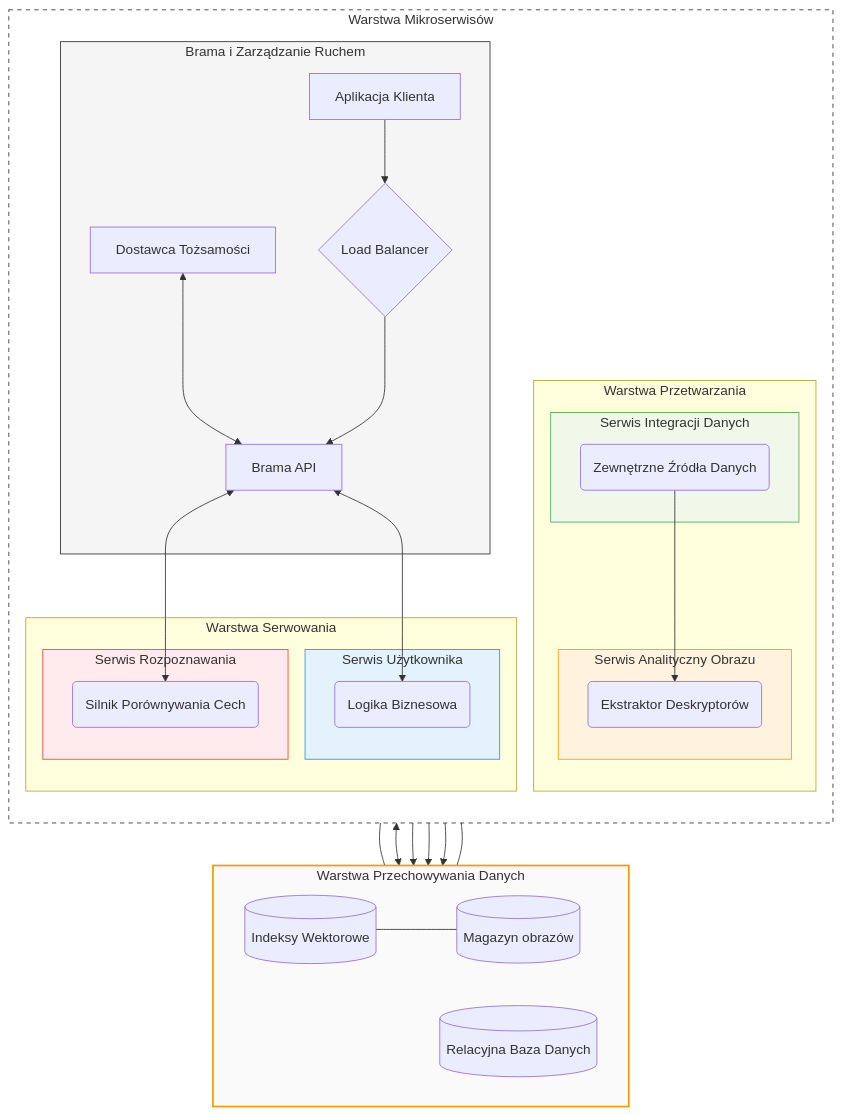
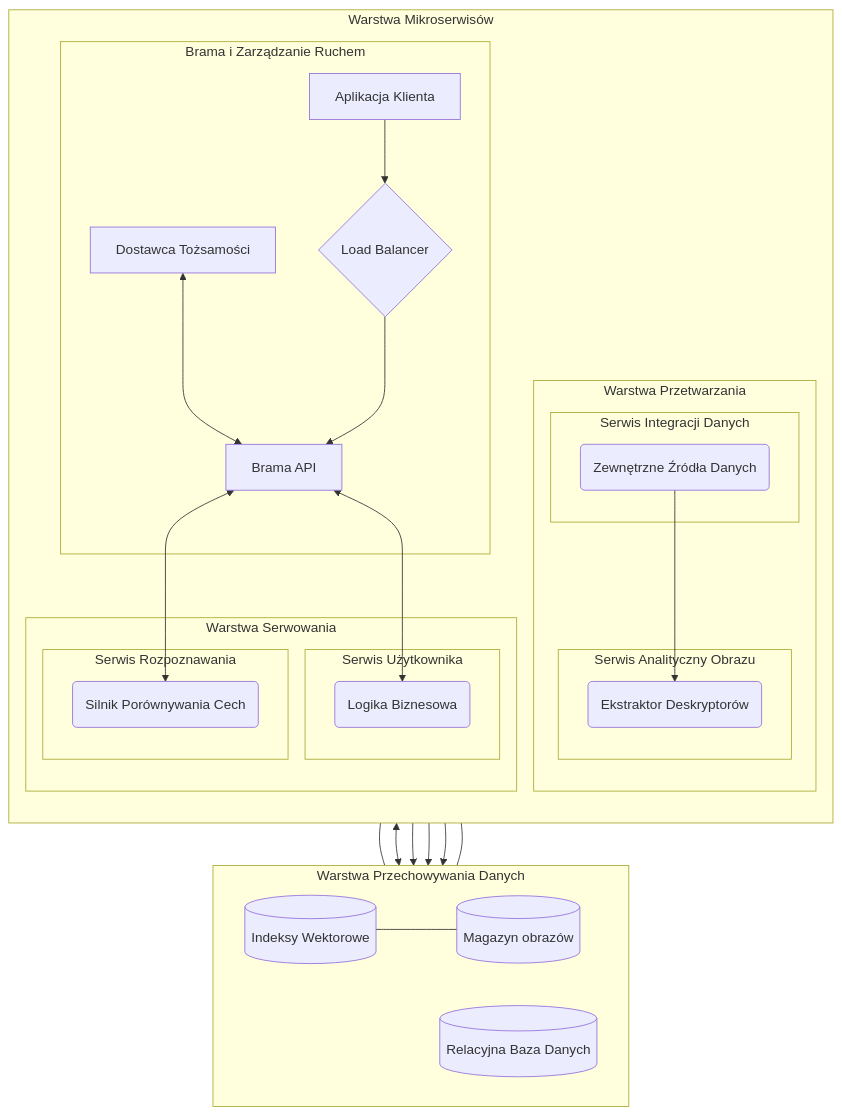
The first of 2 diagrams in readme.md (elkolorado/kartawarta), drawn with Mermaid before and after one commit. The commit also changed other lines of this file, not shown here.

````diff
--- a/readme.md
+++ b/readme.md
@@ -68,71 +67,62 @@
 ```mermaid
 graph TB
     %% --- Warstwa Logiki ---
     subgraph Mikroserwisy [Warstwa Mikroserwisów]
         subgraph Klient [Brama i Zarządzanie Ruchem]
             api[Brama API]
             lb{Load Balancer}
             U[Aplikacja Klienta]
             provider[Dostawca Tożsamości]
             provider<-->api
         end
 
         direction TB
                 subgraph Przetwarzanie [Warstwa Przetwarzania]
             subgraph SerwisPrzetwarzania [Serwis Analityczny Obrazu]
                 DESCRIPTOR_ENGINE(Ekstraktor Deskryptorów)
             end
 
             subgraph DostawcyDanych [Serwis Integracji Danych]
                 SCR_CM(Zewnętrzne Źródła Danych)
             end
         end
         subgraph Serwowanie [Warstwa Serwowania]
             subgraph SerwisGlowny [Serwis Użytkownika]
                 B_AUTH(Logika Biznesowa)
             end
 
             subgraph SerwisCV [Serwis Rozpoznawania]
                 B_MATCH(Silnik Porównywania Cech)
             end
         end
 
 
     end
 
     %% --- Warstwa Danych ---
     subgraph WarstwaDanych [Warstwa Przechowywania Danych]
         direction LR
         IDX_1[(Indeksy Wektorowe)]
         DB_MAIN[(Relacyjna Baza Danych)]
         V_IMAGES[(Magazyn obrazów)]
     end
 
     %% --- Przepływy ---
     api <--> B_AUTH
     api <--> B_MATCH
     B_MATCH --- IDX_1
     lb-->api
     U-->lb
     
     B_AUTH <--> DB_MAIN
 
     SCR_CM --> DB_MAIN
     DESCRIPTOR_ENGINE --> IDX_1
     --- V_IMAGES
     SCR_CM --> V_IMAGES
     B_AUTH --- V_IMAGES
     SCR_CM --> DESCRIPTOR_ENGINE
     
 
 
-    %% --- Stylizacja ---
-    style Klient fill:#f5f5f5,stroke:#333
-    style Mikroserwisy fill:#ffffff,stroke:#333,stroke-dasharray: 5 5
-    style SerwisGlowny fill:#e3f2fd,stroke:#2196f3
-    style SerwisCV fill:#ffebee,stroke:#f44336
-    style SerwisPrzetwarzania fill:#fff3e0,stroke:#ff9800
-    style DostawcyDanych fill:#f1f8e9,stroke:#4caf50
-    style WarstwaDanych fill:#fafafa,stroke:#ff9800,stroke-width:2px
-
 ```
````
